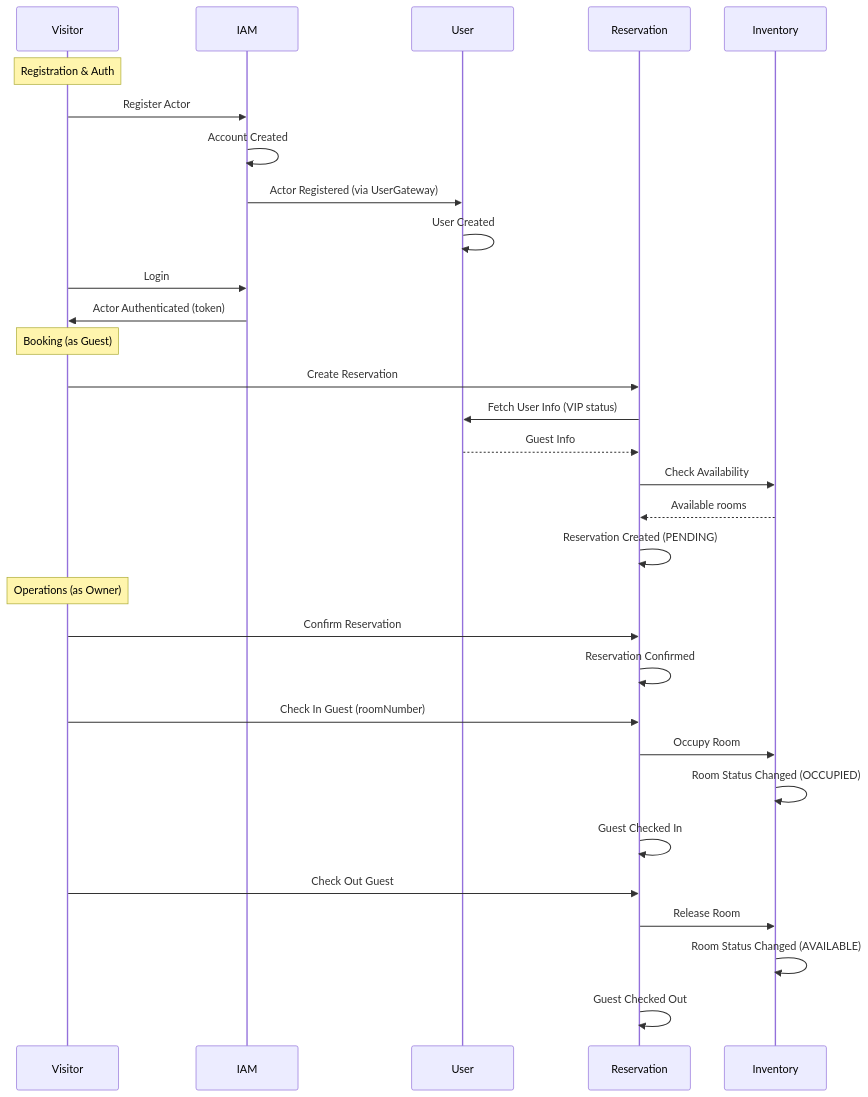
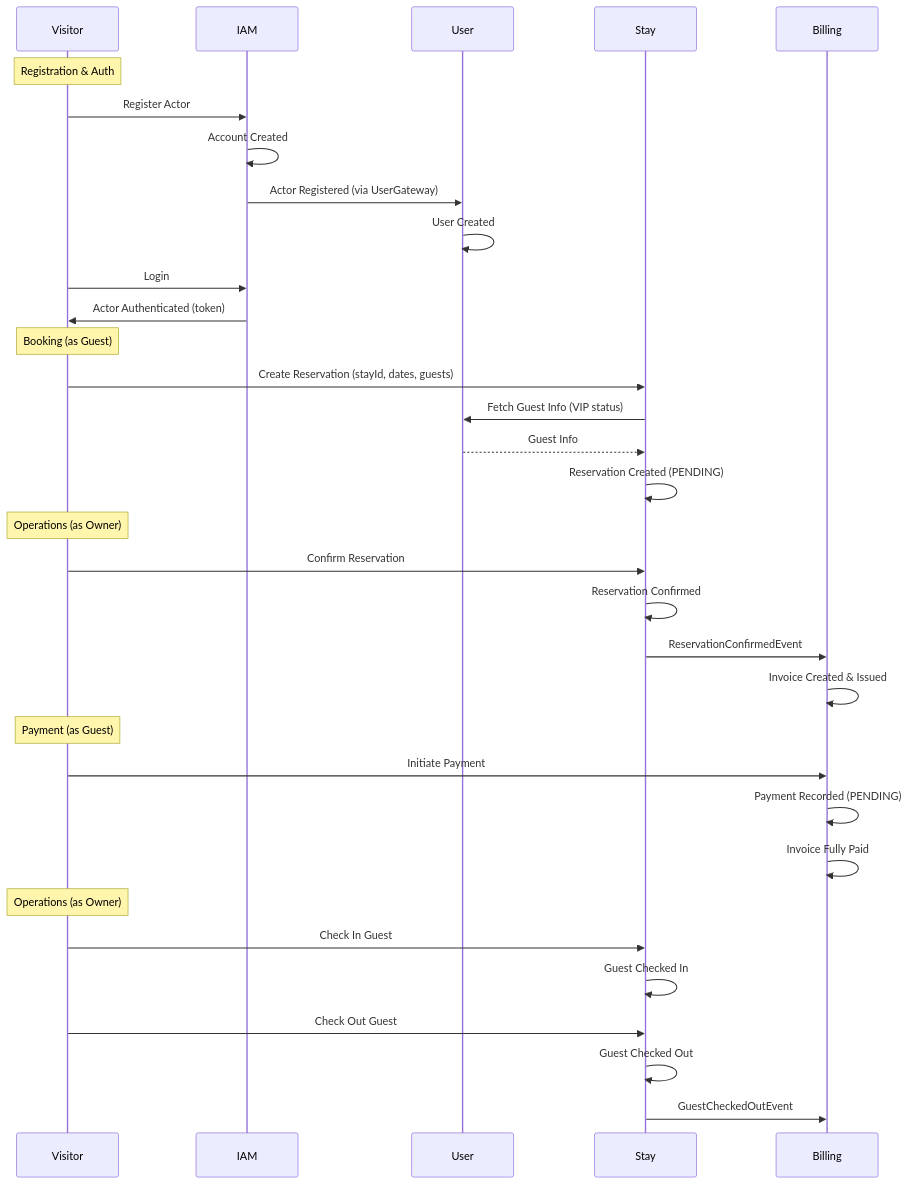
The sixth of 6 diagrams in docs/event-storming.md (sahdoio/guesthub), drawn with Mermaid before and after one commit. The commit also changed other lines of this file and 145 other files, not shown here.

````diff
--- a/docs/event-storming.md
+++ b/docs/event-storming.md
@@ -469,38 +516,41 @@
 ```mermaid
 sequenceDiagram
     participant V as Visitor
     participant IAM
     participant U as User
-    participant R as Reservation
-    participant I as Inventory
+    participant S as Stay
+    participant B as Billing
 
     Note over V: Registration & Auth
     V->>IAM: Register Actor
     IAM->>IAM: Account Created
     IAM->>U: Actor Registered (via UserGateway)
     U->>U: User Created
     V->>IAM: Login
     IAM->>V: Actor Authenticated (token)
 
     Note over V: Booking (as Guest)
-    V->>R: Create Reservation
-    R->>U: Fetch User Info (VIP status)
-    U-->>R: Guest Info
-    R->>I: Check Availability
-    I-->>R: Available rooms
-    R->>R: Reservation Created (PENDING)
+    V->>S: Create Reservation (stayId, dates, guests)
+    S->>U: Fetch Guest Info (VIP status)
+    U-->>S: Guest Info
+    S->>S: Reservation Created (PENDING)
 
     Note over V: Operations (as Owner)
-    V->>R: Confirm Reservation
-    R->>R: Reservation Confirmed
+    V->>S: Confirm Reservation
+    S->>S: Reservation Confirmed
+    S->>B: ReservationConfirmedEvent
+    B->>B: Invoice Created & Issued
 
-    V->>R: Check In Guest (roomNumber)
-    R->>I: Occupy Room
-    I->>I: Room Status Changed (OCCUPIED)
-    R->>R: Guest Checked In
+    Note over V: Payment (as Guest)
+    V->>B: Initiate Payment
+    B->>B: Payment Recorded (PENDING)
+    B->>B: Invoice Fully Paid
 
-    V->>R: Check Out Guest
-    R->>I: Release Room
-    I->>I: Room Status Changed (AVAILABLE)
-    R->>R: Guest Checked Out
+    Note over V: Operations (as Owner)
+    V->>S: Check In Guest
+    S->>S: Guest Checked In
+
+    V->>S: Check Out Guest
+    S->>S: Guest Checked Out
+    S->>B: GuestCheckedOutEvent
 ```
````
